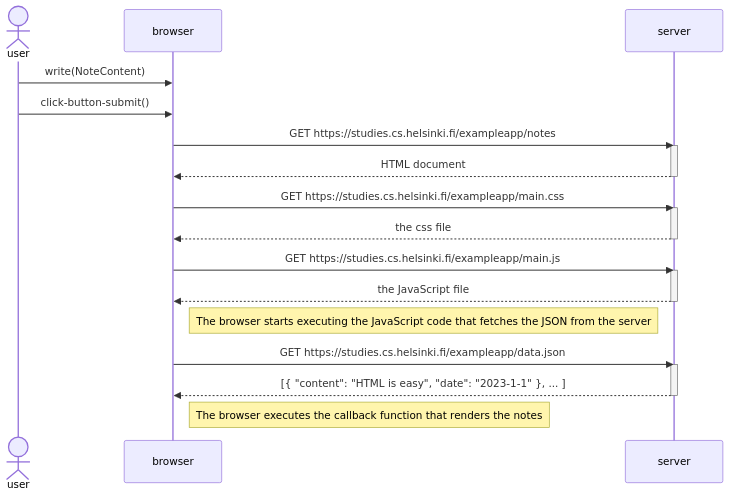
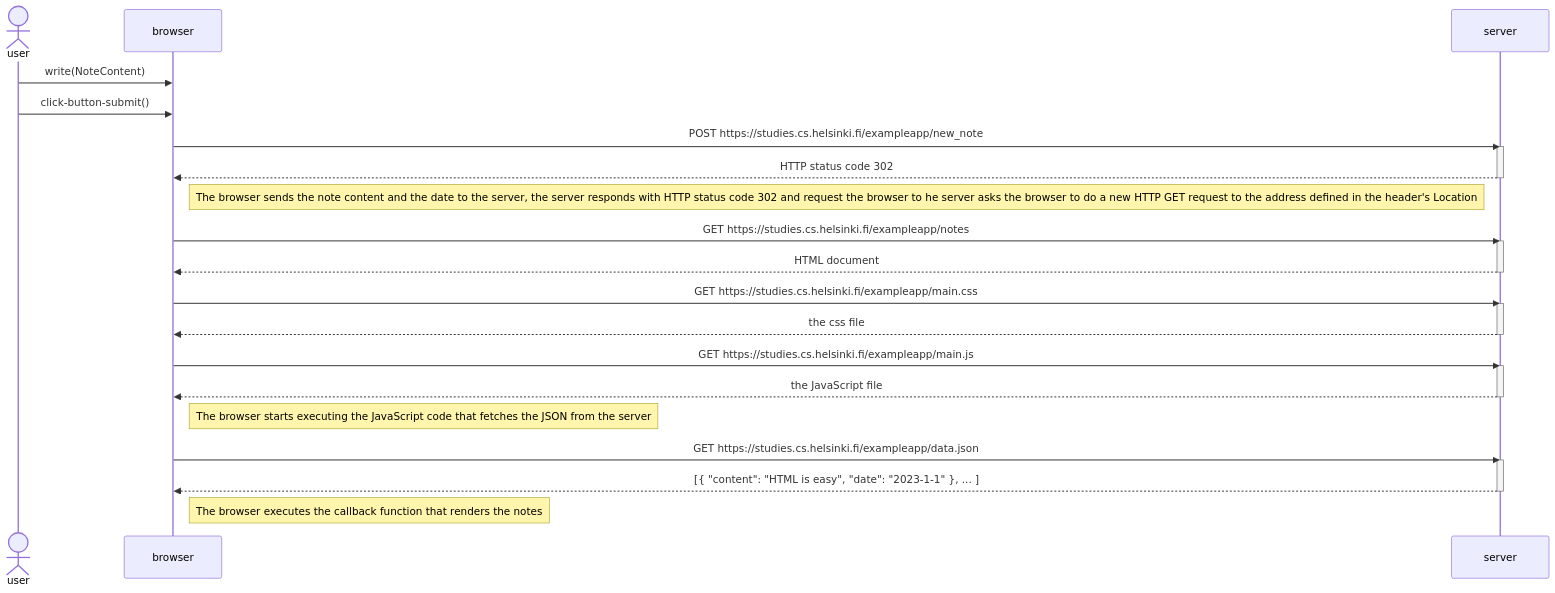
One commit to nourbenmoulehem/mermaid-markdown-practice changed the diagram in AddingNewNote-SequenceDiagram.md. Above: the diagram before and after it, drawn with Mermaid.

````diff
--- a/AddingNewNote-SequenceDiagram.md
+++ b/AddingNewNote-SequenceDiagram.md
@@ -1,33 +1,40 @@
 ```mermaid
 sequenceDiagram
   actor user
   participant browser
   participant server
 
   user->>browser: write(NoteContent)
   user->>browser: click-button-submit()
-
+  
+  browser->>server: POST https://studies.cs.helsinki.fi/exampleapp/new_note
+  activate server
+  server-->>browser: HTTP status code 302
+  deactivate server
+  
+  Note right of browser: The browser sends the note content and the date to the server, the server responds with HTTP status code 302 and request the browser to he server asks the browser to do a new HTTP GET request to the address defined in the header's Location
+  
   browser->>server: GET https://studies.cs.helsinki.fi/exampleapp/notes
   activate server
   server-->>browser: HTML document
   deactivate server
 
   browser->>server: GET https://studies.cs.helsinki.fi/exampleapp/main.css
   activate server
   server-->>browser: the css file
   deactivate server
 
   browser->>server: GET https://studies.cs.helsinki.fi/exampleapp/main.js
   activate server
   server-->>browser: the JavaScript file
   deactivate server
 
   Note right of browser: The browser starts executing the JavaScript code that fetches the JSON from the server
 
   browser->>server: GET https://studies.cs.helsinki.fi/exampleapp/data.json
   activate server
   server-->>browser: [{ "content": "HTML is easy", "date": "2023-1-1" }, ... ]
   deactivate server
 
   Note right of browser: The browser executes the callback function that renders the notes
 ```
````
